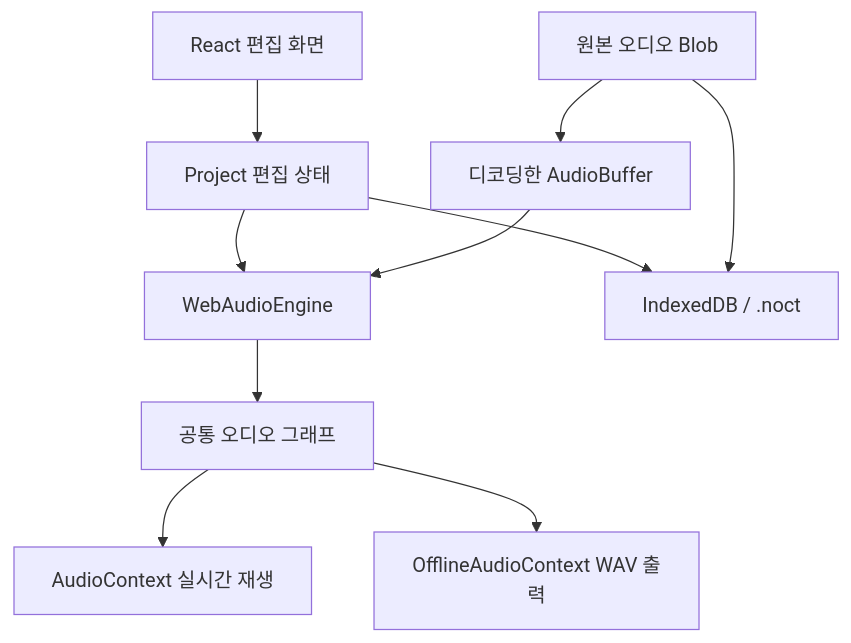
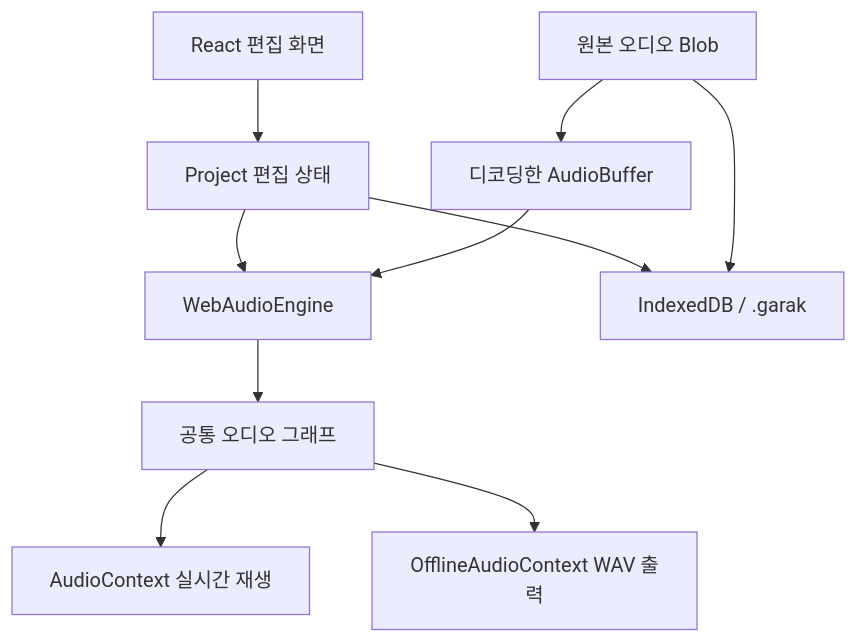
The first of 2 diagrams in docs/ARCHITECTURE.md (songchez/garak-ieum), drawn with Mermaid before and after one commit. The commit also changed other lines of this file and 21 other files, not shown here.

Commit message:
Logic-style editing: multi-select, clipboard, cross-track drag, left trim, join/mute, track ops, shortcuts, per-area H/V zoom; .garak extension; v2 project schema with device chain

````diff
--- a/docs/ARCHITECTURE.md
+++ b/docs/ARCHITECTURE.md
@@ -9,12 +9,12 @@
 ```mermaid
 flowchart TD
   UI["React 편집 화면"] --> P["Project 편집 상태"]
   P --> E["WebAudioEngine"]
-  P --> S["IndexedDB / .noct"]
+  P --> S["IndexedDB / .garak"]
   A["원본 오디오 Blob"] --> S
   A --> B["디코딩한 AudioBuffer"]
   B --> E
   E --> G["공통 오디오 그래프"]
   G --> R["AudioContext 실시간 재생"]
   G --> O["OfflineAudioContext WAV 출력"]
 ```
````
